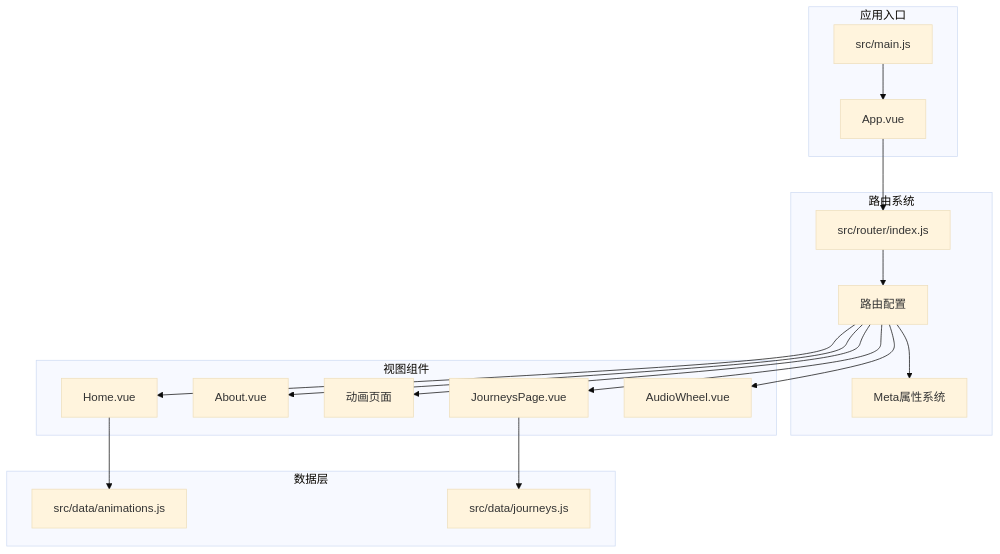
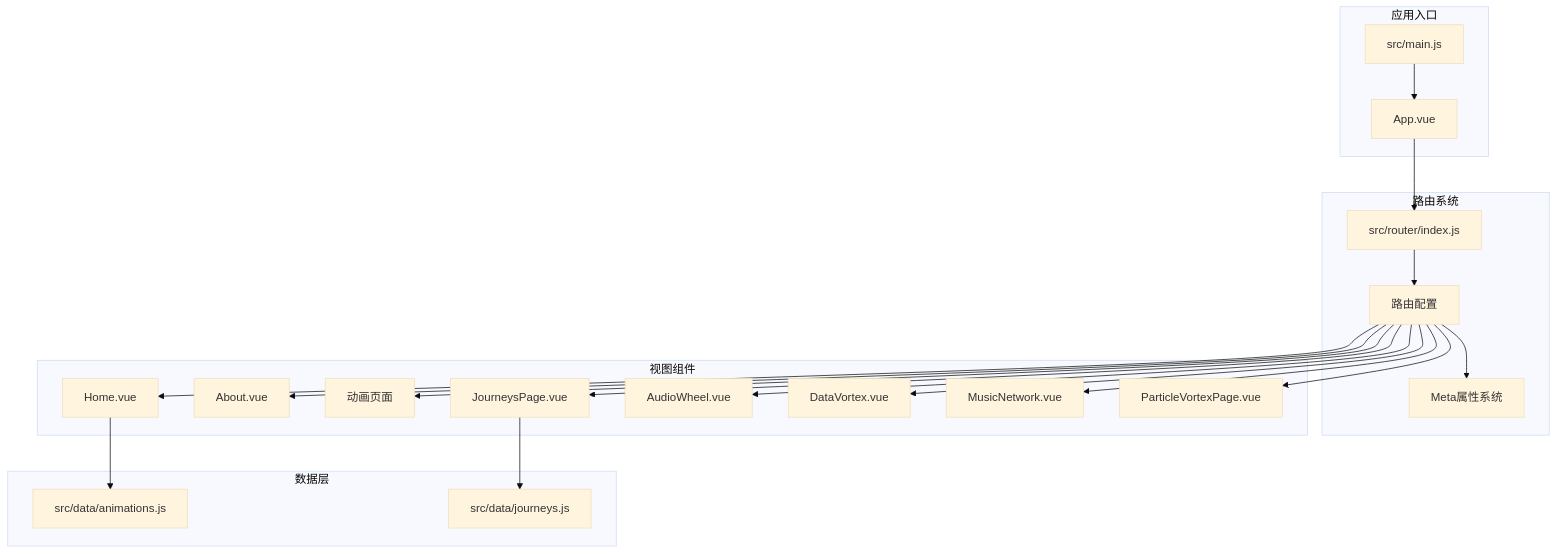
Before and after one commit to yuyezhizhi/yuyezhizhi.github.io: the first of 13 diagrams in .qoder/repowiki/zh/content/路由系统更新.md, drawn with Mermaid (base theme). The commit also changed other lines of this file and 14 other files, not shown here.

````diff
--- a/.qoder/repowiki/zh/content/路由系统更新.md
+++ b/.qoder/repowiki/zh/content/路由系统更新.md
@@ -54,34 +59,40 @@
 ```mermaid
 graph TB
 subgraph "应用入口"
 Main[src/main.js]
 App[App.vue]
 end
 subgraph "路由系统"
 Router[src/router/index.js]
 Routes[路由配置]
 MetaSystem[Meta属性系统]
 end
 subgraph "视图组件"
 Home[Home.vue]
 About[About.vue]
 Animations[动画页面]
 Journeys[JourneysPage.vue]
 AudioWheel[AudioWheel.vue]
+DataVortex[DataVortex.vue]
+MusicNetwork[MusicNetwork.vue]
+ParticleVortex[ParticleVortexPage.vue]
 end
 subgraph "数据层"
 AnimationsData[src/data/animations.js]
 JourneysData[src/data/journeys.js]
 end
 Main --> App
 App --> Router
 Router --> Routes
 Routes --> MetaSystem
 Routes --> Home
 Routes --> About
 Routes --> Animations
 Routes --> Journeys
 Routes --> AudioWheel
+Routes --> DataVortex
+Routes --> MusicNetwork
+Routes --> ParticleVortex
 Home --> AnimationsData
 Journeys --> JourneysData
 ```
````
